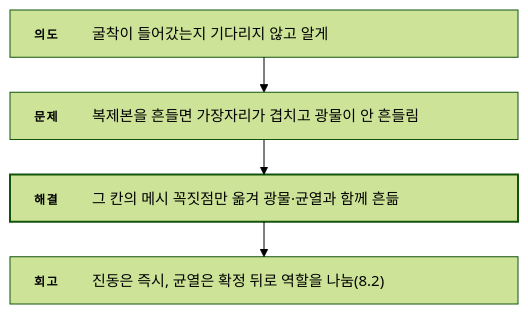
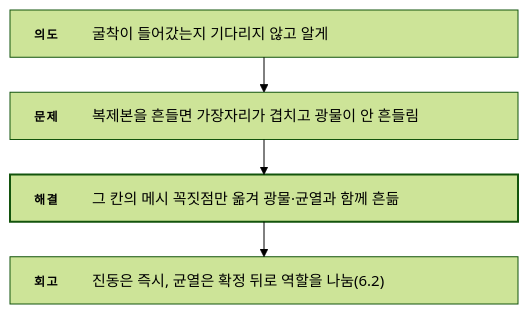
The eighth of 8 diagrams in src/1-folk-sack/기술문서.md (ashadeveloperr/ashadeveloperr.github.io), drawn with Mermaid (forest theme) before and after one commit. The commit also changed other lines of this file and 8 other files, not shown here.

````diff
--- a/src/1-folk-sack/기술문서.md
+++ b/src/1-folk-sack/기술문서.md
@@ -308,18 +562,18 @@
 ```mermaid
 ---
 config:
   layout: elk
   flowchart:
     wrappingWidth: 520
     padding: 12
 ---
 flowchart TB
   %% feature-flow — _local/flow-diagrams.py가 만듦
   I["<div style='width:460px;display:flex;gap:14px;align-items:baseline;text-align:left;white-space:normal'><span style='flex:0 0 44px;padding-top:2px;font-size:12px;font-weight:700;letter-spacing:.12em;color:var(--accent-ink)'>의도</span><span style='flex:1;font-size:15px;line-height:1.55;color:var(--ink)'>굴착이 들어갔는지 기다리지 않고 알게</span></div>"]
   P["<div style='width:460px;display:flex;gap:14px;align-items:baseline;text-align:left;white-space:normal'><span style='flex:0 0 44px;padding-top:2px;font-size:12px;font-weight:700;letter-spacing:.12em;color:var(--accent-ink)'>문제</span><span style='flex:1;font-size:15px;line-height:1.55;color:var(--ink)'>복제본을 흔들면 가장자리가 겹치고 광물이 안 흔들림</span></div>"]
   S["<div style='width:460px;display:flex;gap:14px;align-items:baseline;text-align:left;white-space:normal'><span style='flex:0 0 44px;padding-top:2px;font-size:12px;font-weight:700;letter-spacing:.12em;color:var(--accent-ink)'>해결</span><span style='flex:1;font-size:15px;line-height:1.55;color:var(--ink)'>그 칸의 메시 꼭짓점만 옮겨 광물·균열과 함께 흔듦</span></div>"]
-  R["<div style='width:460px;display:flex;gap:14px;align-items:baseline;text-align:left;white-space:normal'><span style='flex:0 0 44px;padding-top:2px;font-size:12px;font-weight:700;letter-spacing:.12em;color:var(--accent-ink)'>회고</span><span style='flex:1;font-size:15px;line-height:1.55;color:var(--ink)'>진동은 즉시, 균열은 확정 뒤로 역할을 나눔(8.2)</span></div>"]
+  R["<div style='width:460px;display:flex;gap:14px;align-items:baseline;text-align:left;white-space:normal'><span style='flex:0 0 44px;padding-top:2px;font-size:12px;font-weight:700;letter-spacing:.12em;color:var(--accent-ink)'>회고</span><span style='flex:1;font-size:15px;line-height:1.55;color:var(--ink)'>진동은 즉시, 균열은 확정 뒤로 역할을 나눔(6.2)</span></div>"]
   I --> P --> S --> R
   classDef key stroke-width:2px
   class S key
 ```
````
